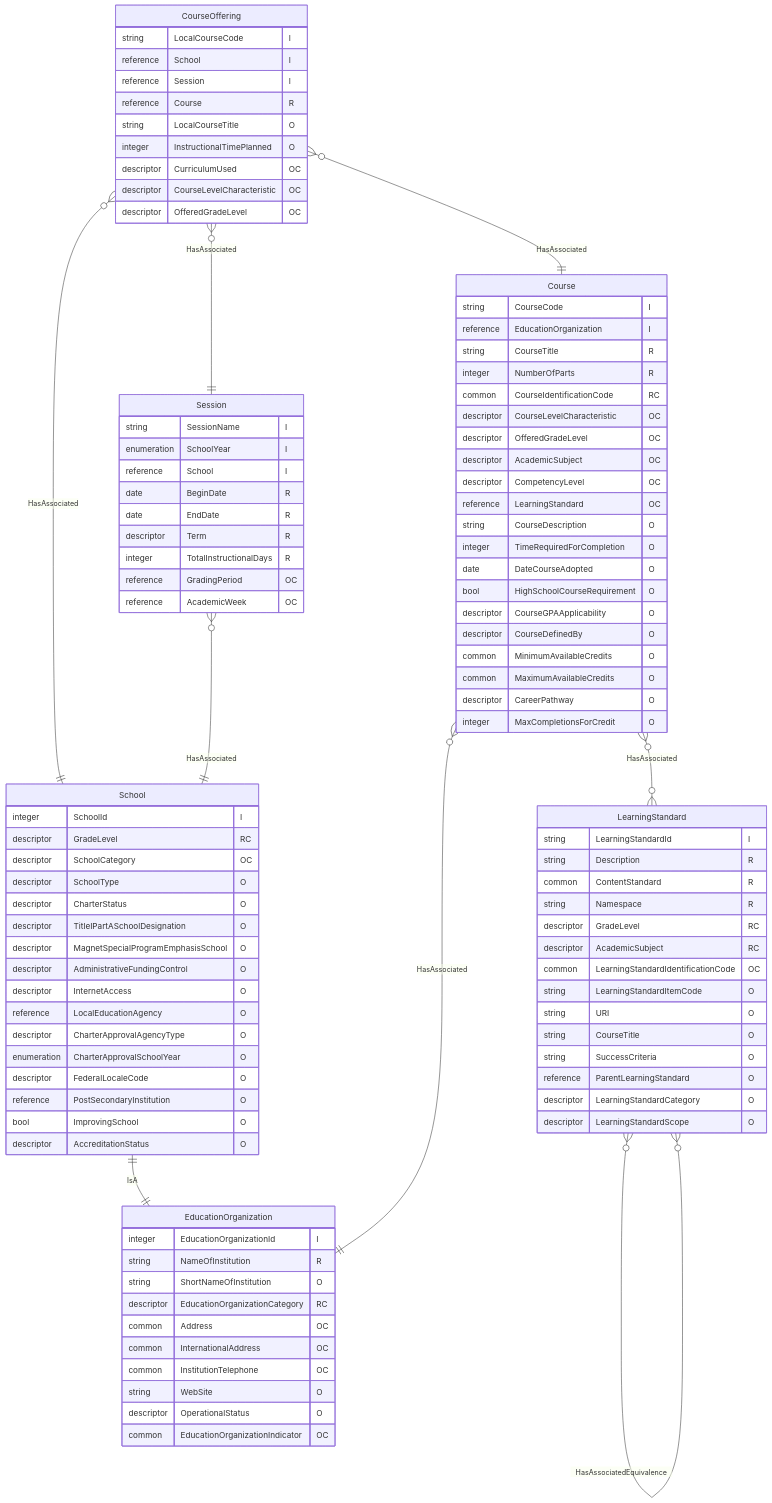
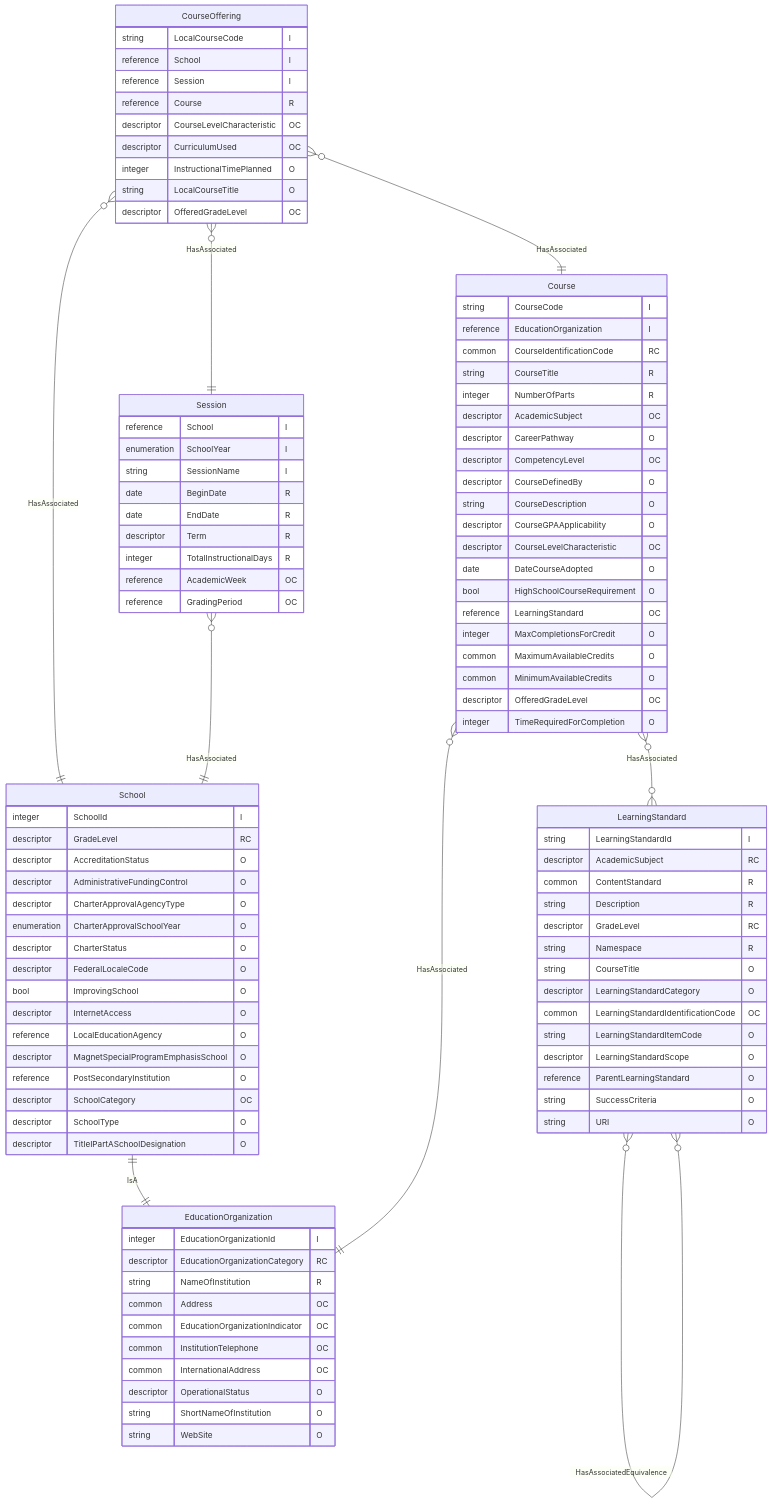
One commit to Ed-Fi-Alliance-OSS/ed-fi-alliance-oss.github.io changed the diagram in dataStandard_versioned_docs/version-6/model-reference/teaching-and-learning-domain/TeachingAndLearning-CourseCatalog.mmd. Above: the diagram before and after it, drawn with Mermaid. The commit also changed other lines of this file and 2 other files, not shown here.

First line of the commit message:
[DATASTD-2640] Reorder Teaching and Learning UML attributes to list identities at the top

```diff
--- a/dataStandard_versioned_docs/version-6/model-reference/teaching-and-learning-domain/TeachingAndLearning-CourseCatalog.mmd
+++ b/dataStandard_versioned_docs/version-6/model-reference/teaching-and-learning-domain/TeachingAndLearning-CourseCatalog.mmd
@@ -1,101 +1,101 @@
 erDiagram
     EducationOrganization {
         integer EducationOrganizationId "I"
+        descriptor EducationOrganizationCategory "RC"
         string NameOfInstitution "R"
+        common Address "OC"
+        common EducationOrganizationIndicator "OC"
+        common InstitutionTelephone "OC"
+        common InternationalAddress "OC"
+        descriptor OperationalStatus "O"
         string ShortNameOfInstitution "O"
-        descriptor EducationOrganizationCategory "RC"
-        common Address "OC"
-        common InternationalAddress "OC"
-        common InstitutionTelephone "OC"
         string WebSite "O"
-        descriptor OperationalStatus "O"
-        common EducationOrganizationIndicator "OC"
     }
     School {
         integer SchoolId "I"
         descriptor GradeLevel "RC"
+        descriptor AccreditationStatus "O"
+        descriptor AdministrativeFundingControl "O"
+        descriptor CharterApprovalAgencyType "O"
+        enumeration CharterApprovalSchoolYear "O"
+        descriptor CharterStatus "O"
+        descriptor FederalLocaleCode "O"
+        bool ImprovingSchool "O"
+        descriptor InternetAccess "O"
+        reference LocalEducationAgency "O"
+        descriptor MagnetSpecialProgramEmphasisSchool "O"
+        reference PostSecondaryInstitution "O"
         descriptor SchoolCategory "OC"
         descriptor SchoolType "O"
-        descriptor CharterStatus "O"
         descriptor TitleIPartASchoolDesignation "O"
-        descriptor MagnetSpecialProgramEmphasisSchool "O"
-        descriptor AdministrativeFundingControl "O"
-        descriptor InternetAccess "O"
-        reference LocalEducationAgency "O"
-        descriptor CharterApprovalAgencyType "O"
-        enumeration CharterApprovalSchoolYear "O"
-        descriptor FederalLocaleCode "O"
-        reference PostSecondaryInstitution "O"
-        bool ImprovingSchool "O"
-        descriptor AccreditationStatus "O"
     }
     Session {
+        reference School "I"
+        enumeration SchoolYear "I"
         string SessionName "I"
-        enumeration SchoolYear "I"
-        reference School "I"
         date BeginDate "R"
         date EndDate "R"
         descriptor Term "R"
         integer TotalInstructionalDays "R"
+        reference AcademicWeek "OC"
         reference GradingPeriod "OC"
-        reference AcademicWeek "OC"
     }
     Course {
         string CourseCode "I"
         reference EducationOrganization "I"
+        common CourseIdentificationCode "RC"
         string CourseTitle "R"
         integer NumberOfParts "R"
-        common CourseIdentificationCode "RC"
+        descriptor AcademicSubject "OC"
+        descriptor CareerPathway "O"
+        descriptor CompetencyLevel "OC"
+        descriptor CourseDefinedBy "O"
+        string CourseDescription "O"
+        descriptor CourseGPAApplicability "O"
         descriptor CourseLevelCharacteristic "OC"
-        descriptor OfferedGradeLevel "OC"
-        descriptor AcademicSubject "OC"
-        descriptor CompetencyLevel "OC"
-        reference LearningStandard "OC"
-        string CourseDescription "O"
-        integer TimeRequiredForCompletion "O"
         date DateCourseAdopted "O"
         bool HighSchoolCourseRequirement "O"
-        descriptor CourseGPAApplicability "O"
-        descriptor CourseDefinedBy "O"
+        reference LearningStandard "OC"
+        integer MaxCompletionsForCredit "O"
+        common MaximumAvailableCredits "O"
         common MinimumAvailableCredits "O"
-        common MaximumAvailableCredits "O"
-        descriptor CareerPathway "O"
-        integer MaxCompletionsForCredit "O"
+        descriptor OfferedGradeLevel "OC"
+        integer TimeRequiredForCompletion "O"
     }
     CourseOffering {
         string LocalCourseCode "I"
         reference School "I"
         reference Session "I"
         reference Course "R"
+        descriptor CourseLevelCharacteristic "OC"
+        descriptor CurriculumUsed "OC"
+        integer InstructionalTimePlanned "O"
         string LocalCourseTitle "O"
-        integer InstructionalTimePlanned "O"
-        descriptor CurriculumUsed "OC"
-        descriptor CourseLevelCharacteristic "OC"
         descriptor OfferedGradeLevel "OC"
     }
     LearningStandard {
         string LearningStandardId "I"
+        descriptor AcademicSubject "RC"
+        common ContentStandard "R"
         string Description "R"
-        common ContentStandard "R"
+        descriptor GradeLevel "RC"
         string Namespace "R"
-        descriptor GradeLevel "RC"
-        descriptor AcademicSubject "RC"
+        string CourseTitle "O"
+        descriptor LearningStandardCategory "O"
         common LearningStandardIdentificationCode "OC"
         string LearningStandardItemCode "O"
+        descriptor LearningStandardScope "O"
+        reference ParentLearningStandard "O"
+        string SuccessCriteria "O"
         string URI "O"
-        string CourseTitle "O"
-        string SuccessCriteria "O"
-        reference ParentLearningStandard "O"
-        descriptor LearningStandardCategory "O"
-        descriptor LearningStandardScope "O"
     }
 
     Session }o--|| School : "HasAssociated"
     CourseOffering }o--|| School : "HasAssociated"
     CourseOffering }o--|| Session : "HasAssociated"
     CourseOffering }o--|| Course : "HasAssociated"
     Course }o--|| EducationOrganization : "HasAssociated"
     Course }o--o{ LearningStandard : "HasAssociated"
     LearningStandard }o--o| LearningStandard : "HasFunctionalComponent"
     LearningStandard }o--o{ LearningStandard : "HasAssociatedEquivalence"
     School ||--|| EducationOrganization : "IsA"
```
